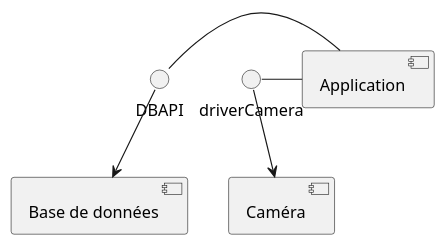
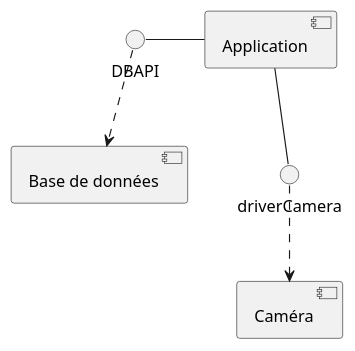
Before and after one commit to pandadorable/Trombinoscope: the diagram in Diagrammes/composants.wsd, drawn with PlantUML. The commit also changed 7 other files, not shown here.

Commit message:
UPDATE architecture diagrammes

```diff
--- a/Diagrammes/composants.wsd
+++ b/Diagrammes/composants.wsd
@@ -1,10 +1,10 @@
 @startuml Diagrame composants
 [Base de données]
 [Caméra]
 interface driverCamera
 
 DBAPI - [Application]
-driverCamera - [Application]
-driverCamera --> [Caméra]
-DBAPI --> [Base de données]
+driverCamera -up- [Application]
+driverCamera ..> [Caméra]
+DBAPI ..> [Base de données]
 @enduml
```
